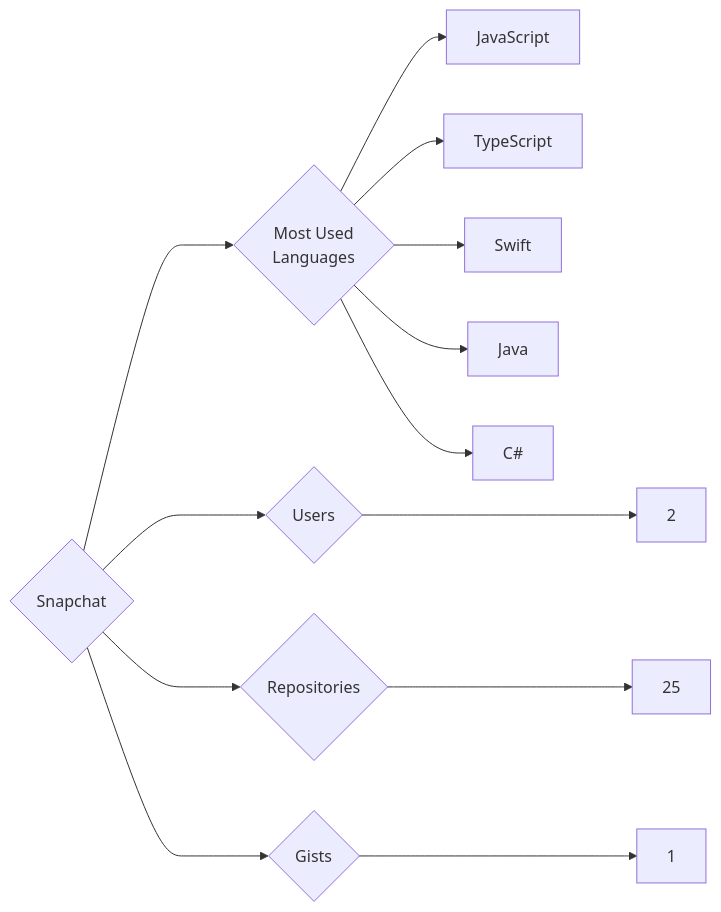
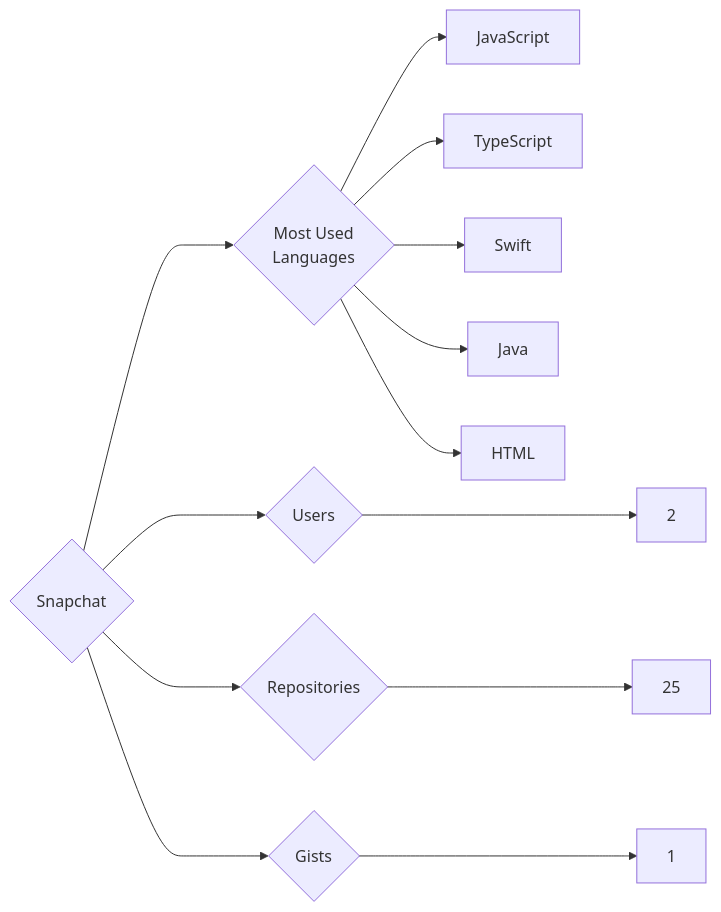
The diagram in targets/Snapchat/README.md (trickest/insiders), drawn with Mermaid before and after one commit. The commit also changed 682 other files, not shown here.

````diff
--- a/targets/Snapchat/README.md
+++ b/targets/Snapchat/README.md
@@ -3,13 +3,13 @@
 ```mermaid
 graph LR
 COMPANY_NAME{Snapchat}
 COMPANY_NAME ---> U{Users} ---> UN[2]
 COMPANY_NAME ---> R{Repositories} ---> RN[25]
 COMPANY_NAME ---> G{Gists} ---> GN[1]
 COMPANY_NAME ---> ML{Most Used<br>Languages}
 ML --> JavaScript[JavaScript]
 ML --> TypeScript[TypeScript]
 ML --> Swift[Swift]
 ML --> Java[Java]
-ML --> C#[C#]
+ML --> HTML[HTML]
 ```
````
